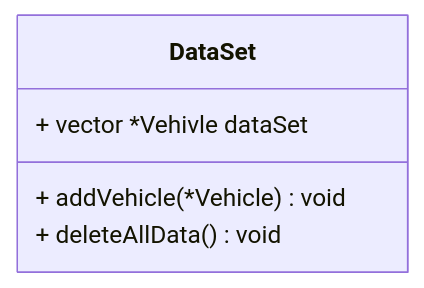
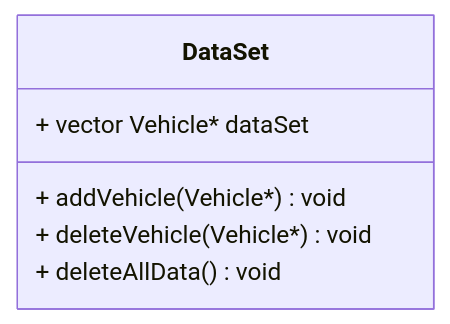
The second of 7 diagrams in FinalProject/Readme.md (asamaranch78/swatcplusplus25Q4), drawn with Mermaid before and after one commit. The commit also changed 12 other files, not shown here.

````diff
--- a/FinalProject/Readme.md
+++ b/FinalProject/Readme.md
@@ -124,8 +124,9 @@
 ```mermaid
 classDiagram
 class DataSet {
-    + vector *Vehivle dataSet
-    + addVehicle(*Vehicle) void
+    + vector Vehicle* dataSet
+    + addVehicle(Vehicle*) void
+    + deleteVehicle(Vehicle*) void
     + deleteAllData() void
 }
 ```
````
